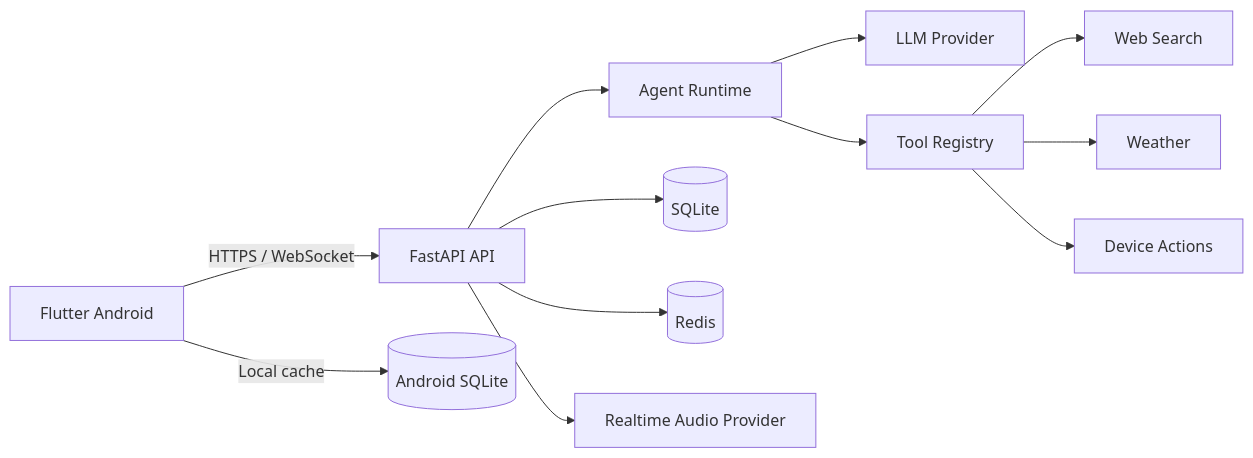
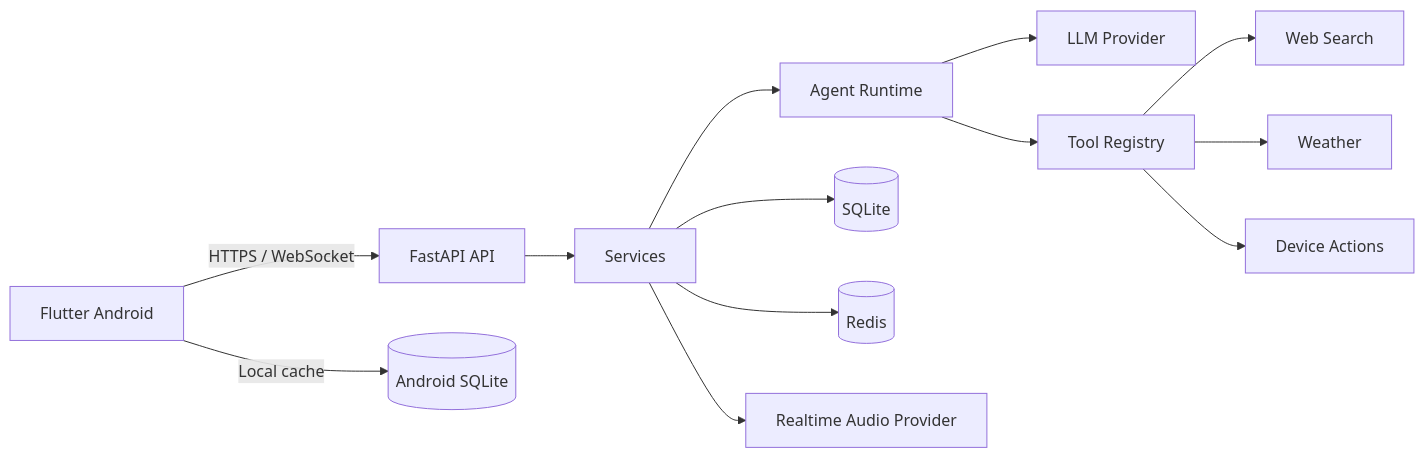
Before and after one commit to Shy2593666979/Bingo: the diagram in README.md, drawn with Mermaid. The commit also changed other lines of this file and 122 other files, not shown here.

````diff
--- a/README.md
+++ b/README.md
@@ -63,14 +85,15 @@
 ```mermaid
 flowchart LR
     A[Flutter Android] -->|HTTPS / WebSocket| B[FastAPI API]
     A -->|Local cache| C[(Android SQLite)]
-    B --> D[Agent Runtime]
+    B --> S[Services]
+    S --> D[Agent Runtime]
     D --> E[LLM Provider]
     D --> F[Tool Registry]
     F --> F1[Web Search]
     F --> F2[Weather]
     F --> F3[Device Actions]
-    B --> G[(SQLite)]
-    B --> H[(Redis)]
-    B --> I[Realtime Audio Provider]
+    S --> G[(SQLite)]
+    S --> H[(Redis)]
+    S --> I[Realtime Audio Provider]
 ```
````
